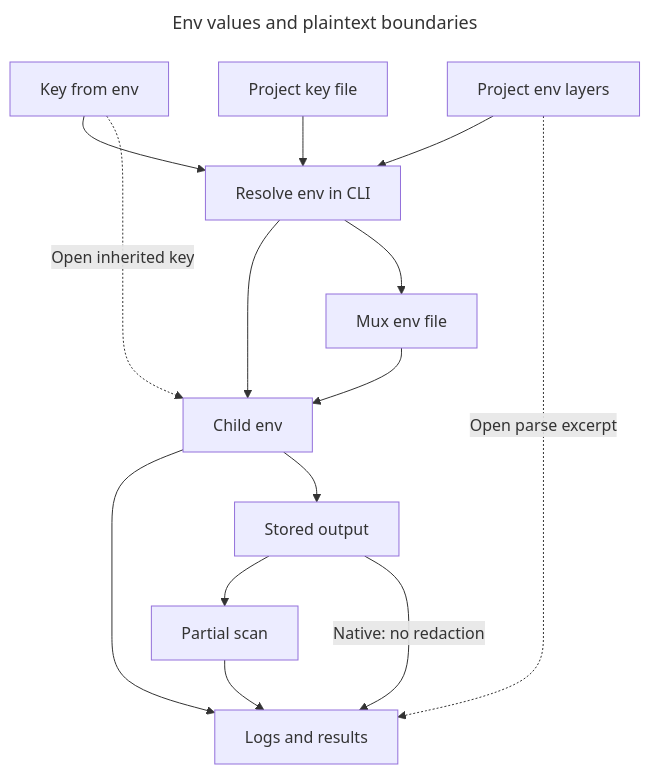
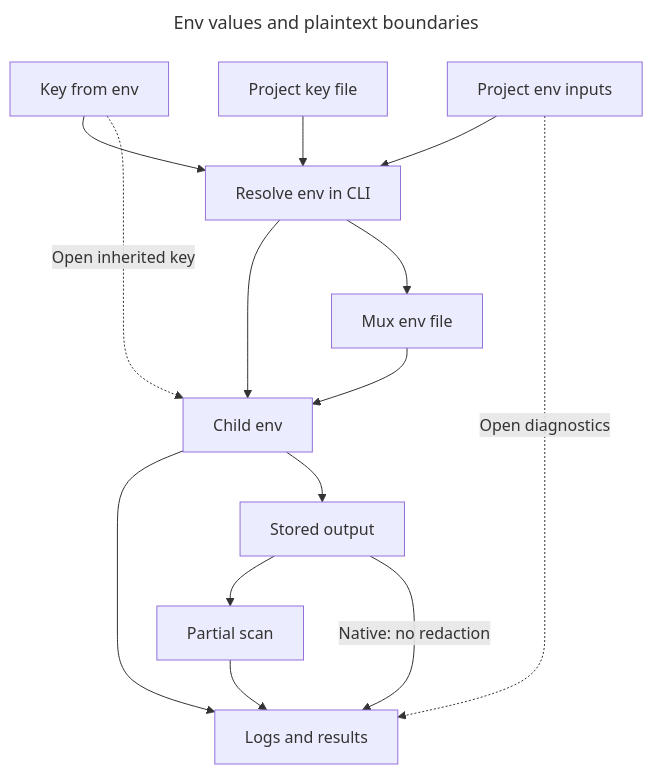
The diagram in docs/security/env-secrets-flow.mmd (hack-dance/hack), drawn with Mermaid before and after one commit. The commit also changed 4 other files, not shown here.

```diff
--- a/docs/security/env-secrets-flow.mmd
+++ b/docs/security/env-secrets-flow.mmd
@@ -1,20 +1,20 @@
 ---
 title: Env values and plaintext boundaries
 ---
 flowchart TD
-  layers[Project env layers] --> cli[Resolve env in CLI]
+  layers[Project env inputs] --> cli[Resolve env in CLI]
   keyFile[Project key file] --> cli
   keyEnv[Key from env] --> cli
   keyEnv -. Open inherited key .-> child[Child env]
   cli --> child
   cli --> mux[Mux env file]
   mux --> child
   child --> output[Logs and results]
-  layers -. Open parse excerpt .-> output
+  layers -. Open diagnostics .-> output
   child --> disk[Stored output]
   disk --> scan[Partial scan]
   scan --> output
   disk -->|Native: no redaction| output
   class cli,child live
   class mux,disk,output wait
   class keyEnv fail
```
